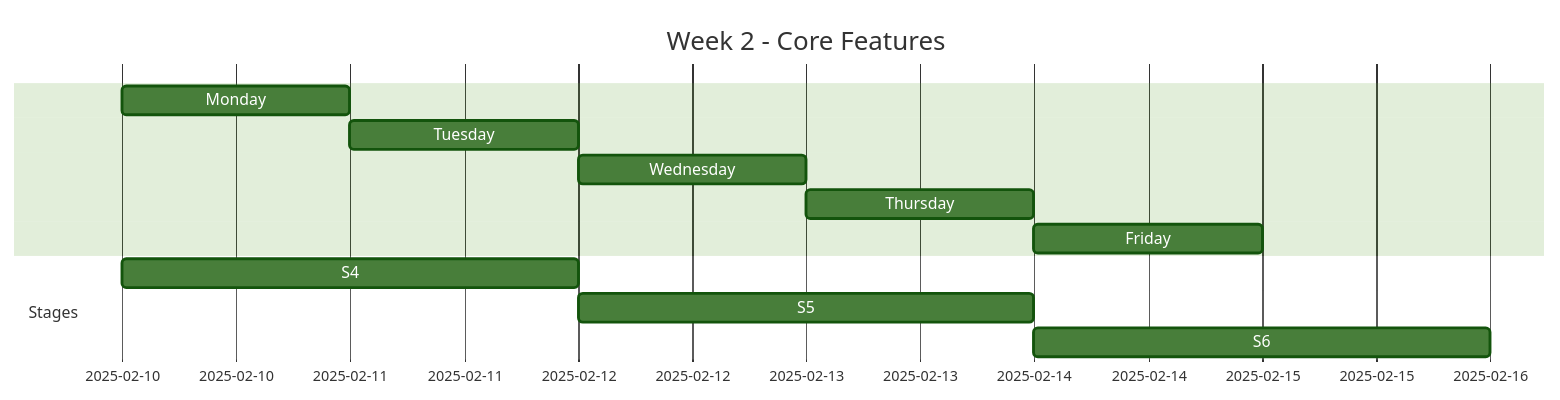
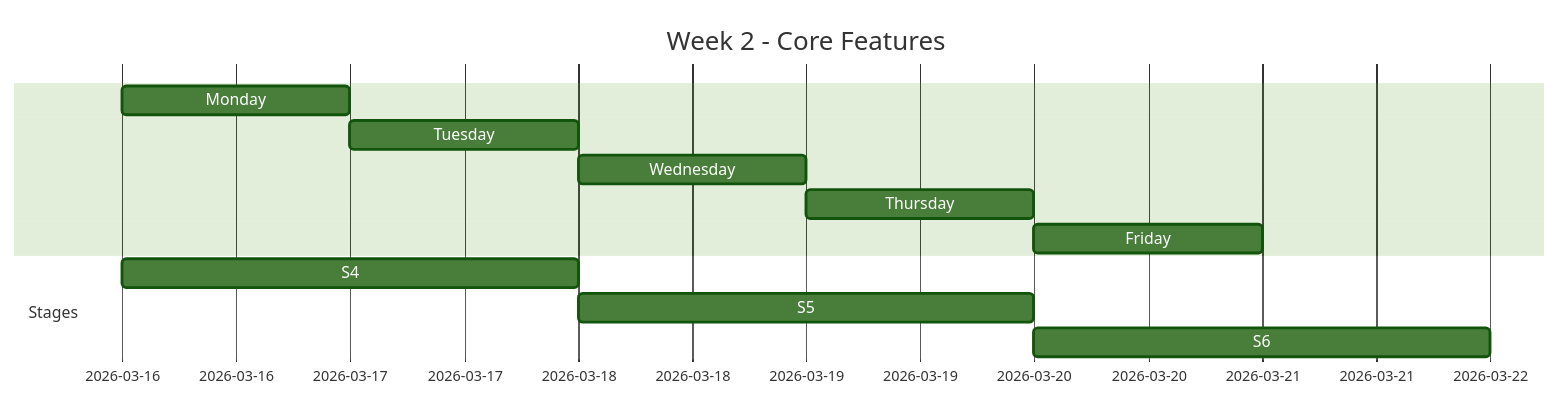
The third of 7 diagrams in docs/Android/Kotlin Android MVP Development Timeline.md (johnmarkovalo/BetWise), drawn with Mermaid (forest theme) before and after one commit. The commit also changed other lines of this file and 8 other files, not shown here.

````diff
--- a/docs/Android/Kotlin Android MVP Development Timeline.md
+++ b/docs/Android/Kotlin Android MVP Development Timeline.md
@@ -77,16 +77,16 @@
 ```mermaid
 gantt
     title Week 2 - Core Features
     dateFormat  YYYY-MM-DD
-    
-    Monday    :mon2, 2025-02-10, 1d
-    Tuesday   :tue2, 2025-02-11, 1d
-    Wednesday :wed2, 2025-02-12, 1d
-    Thursday  :thu2, 2025-02-13, 1d
-    Friday    :fri2, 2025-02-14, 1d
-    
+
+    Monday    :mon2, 2026-03-16, 1d
+    Tuesday   :tue2, 2026-03-17, 1d
+    Wednesday :wed2, 2026-03-18, 1d
+    Thursday  :thu2, 2026-03-19, 1d
+    Friday    :fri2, 2026-03-20, 1d
+
     section Stages
-    S4: Random Touch (4h)       :s4, 2025-02-10, 2d
-    S5: UI Node Detection (5h)  :s5, 2025-02-12, 2d
-    S6: WebSocket Client (6h)   :s6, 2025-02-14, 2d
+    S4: Random Touch (4h)       :s4, 2026-03-16, 2d
+    S5: UI Node Detection (5h)  :s5, 2026-03-18, 2d
+    S6: WebSocket Client (6h)   :s6, 2026-03-20, 2d
 ```
````
